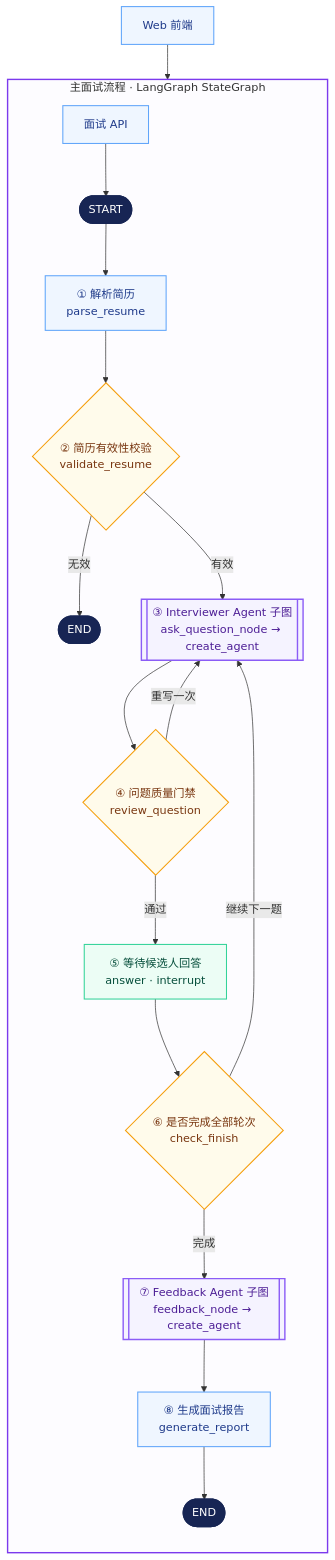
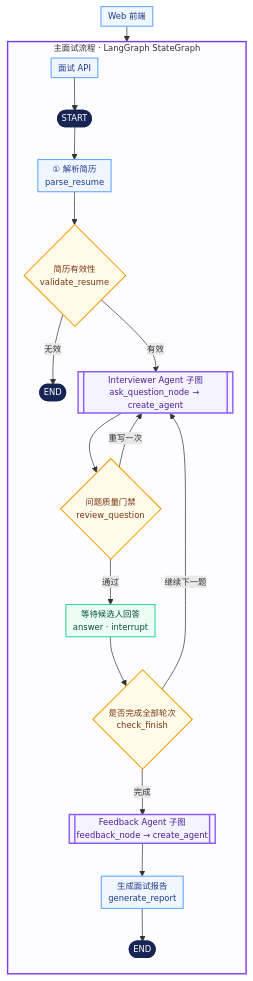
The first of 4 diagrams in README.md (Lucky-LMC/AI-Interview), drawn with Mermaid before and after one commit. The commit also changed other lines of this file, not shown here.

Commit message:
docs: compact architecture diagrams

````diff
--- a/README.md
+++ b/README.md
@@ -24,35 +24,36 @@
 ```mermaid
+%%{init: {"flowchart": {"nodeSpacing": 18, "rankSpacing": 22, "padding": 5}, "themeVariables": {"fontSize": "12px"}}}%%
 flowchart TB
     web["Web 前端"] --> interview_api["面试 API"]
 
     subgraph interview_flow["主面试流程 · LangGraph StateGraph"]
         direction TB
         interview_api --> start([START])
         start --> parse["① 解析简历<br/>parse_resume"]
-        parse --> validate{"② 简历有效性校验<br/>validate_resume"}
+        parse --> validate{"简历有效性<br/>validate_resume"}
         validate -- 无效 --> invalid_end([END])
-        validate -- 有效 --> interviewer[["③ Interviewer Agent 子图<br/>ask_question_node → create_agent"]]
-        interviewer --> review{"④ 问题质量门禁<br/>review_question"}
+        validate -- 有效 --> interviewer[["Interviewer Agent 子图<br/>ask_question_node → create_agent"]]
+        interviewer --> review{"问题质量门禁<br/>review_question"}
         review -- 重写一次 --> interviewer
-        review -- 通过 --> answer["⑤ 等待候选人回答<br/>answer · interrupt"]
-        answer --> finish{"⑥ 是否完成全部轮次<br/>check_finish"}
+        review -- 通过 --> answer["等待候选人回答<br/>answer · interrupt"]
+        answer --> finish{"是否完成全部轮次<br/>check_finish"}
         finish -- 继续下一题 --> interviewer
-        finish -- 完成 --> feedback[["⑦ Feedback Agent 子图<br/>feedback_node → create_agent"]]
-        feedback --> report["⑧ 生成面试报告<br/>generate_report"]
+        finish -- 完成 --> feedback[["Feedback Agent 子图<br/>feedback_node → create_agent"]]
+        feedback --> report["生成面试报告<br/>generate_report"]
         report --> done([END])
     end
 
     classDef terminal fill:#172554,color:#ffffff,stroke:#172554,stroke-width:2px;
     classDef process fill:#eff6ff,color:#1e3a8a,stroke:#60a5fa,stroke-width:1.5px;
     classDef decision fill:#fffbeb,color:#78350f,stroke:#f59e0b,stroke-width:1.5px;
     classDef agent fill:#f5f3ff,color:#4c1d95,stroke:#8b5cf6,stroke-width:2px;
     classDef human fill:#ecfdf5,color:#064e3b,stroke:#34d399,stroke-width:1.5px;
 
     class start,invalid_end,done terminal;
     class web,interview_api,parse,report process;
     class validate,review,finish decision;
     class interviewer,feedback agent;
     class answer human;
 
     style interview_flow fill:#fdfcff,stroke:#7c3aed,stroke-width:2px;
 ```
````
